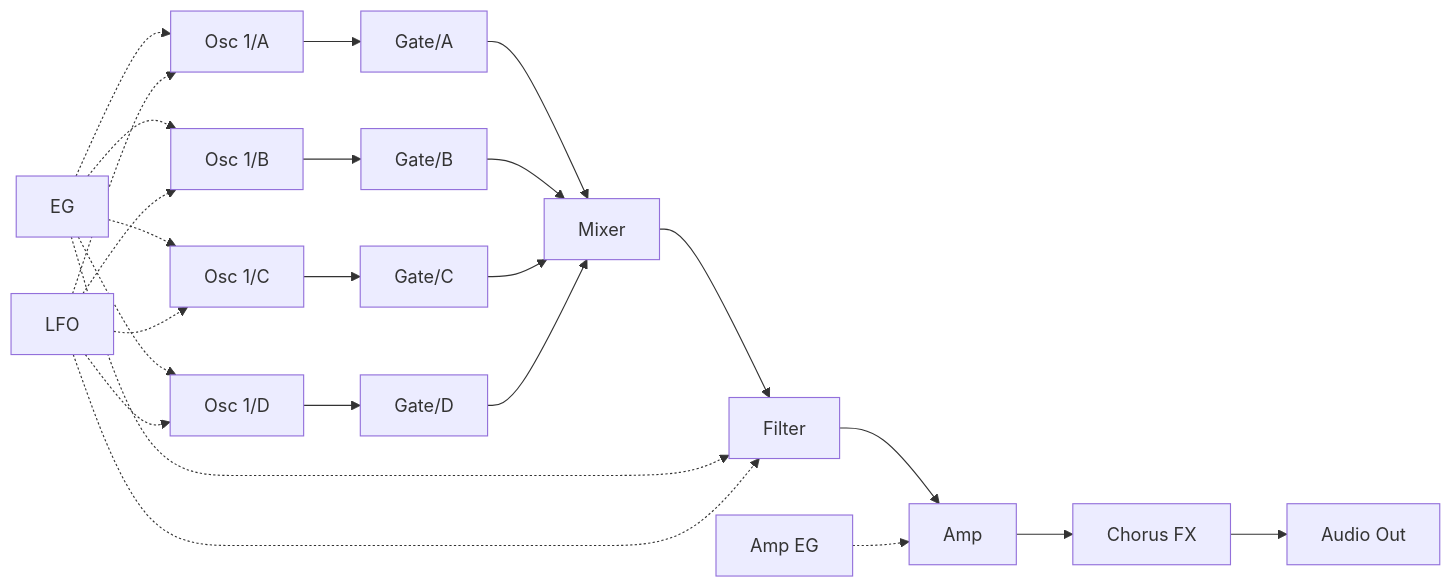
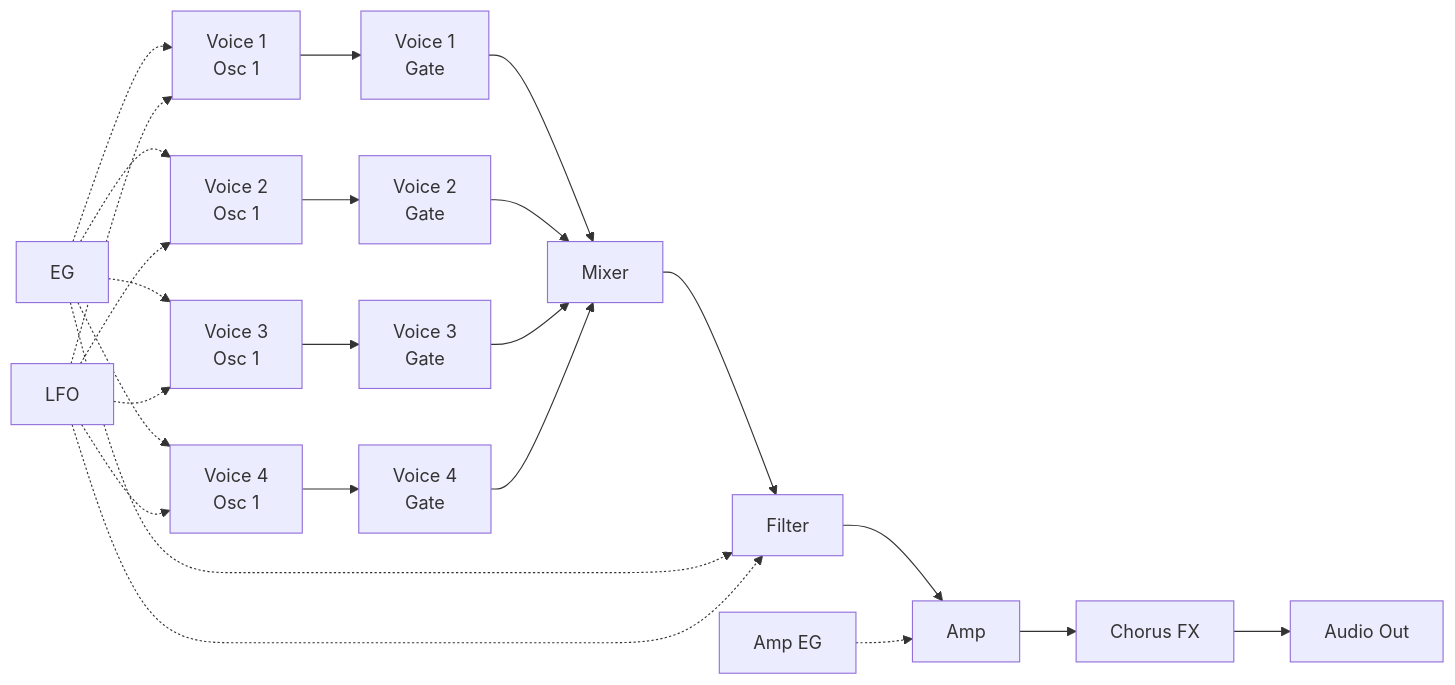
Before and after one commit to risgk/digital-synth-vra8-u: the second of 2 diagrams in README.md, drawn with Mermaid. The commit also changed other lines of this file, not shown here.

````diff
--- a/README.md
+++ b/README.md
@@ -109,18 +109,18 @@
 ```mermaid
 graph LR
-    O1A[Osc 1/A] --> G1[Gate/A] --> M[Mixer] --> F[Filter] --> A[Amp] --> C[Chorus FX] --> AO[Audio Out]
-    O1B[Osc 1/B] --> G2[Gate/B] --> M
-    O1C[Osc 1/C] --> G3[Gate/C] --> M
-    O1D[Osc 1/D] --> G4[Gate/D] --> M
-    E[EG]  -.-> O1A
-    E      -.-> O1B
-    E      -.-> O1C
-    E      -.-> O1D
-    E      -.-> F
-    L[LFO] -.-> O1A
-    L      -.-> O1B
-    L      -.-> O1C
-    L      -.-> O1D
-    L      -.-> F
+    V1O1[Voice 1<br/>Osc 1] --> V1G[Voice 1<br/>Gate] --> M[Mixer] --> F[Filter] --> A[Amp] --> C[Chorus FX] --> AO[Audio Out]
+    V2O1[Voice 2<br/>Osc 1] --> V2G[Voice 2<br/>Gate] --> M
+    V3O1[Voice 3<br/>Osc 1] --> V3G[Voice 3<br/>Gate] --> M
+    V4O1[Voice 4<br/>Osc 1] --> V4G[Voice 4<br/>Gate] --> M
+    E[EG]      -.-> V1O1
+    E          -.-> V2O1
+    E          -.-> V3O1
+    E          -.-> V4O1
+    E          -.-> F
+    L[LFO]     -.-> V1O1
+    L          -.-> V2O1
+    L          -.-> V3O1
+    L          -.-> V4O1
+    L          -.-> F
     AE[Amp EG] -.-> A
 ```
````
